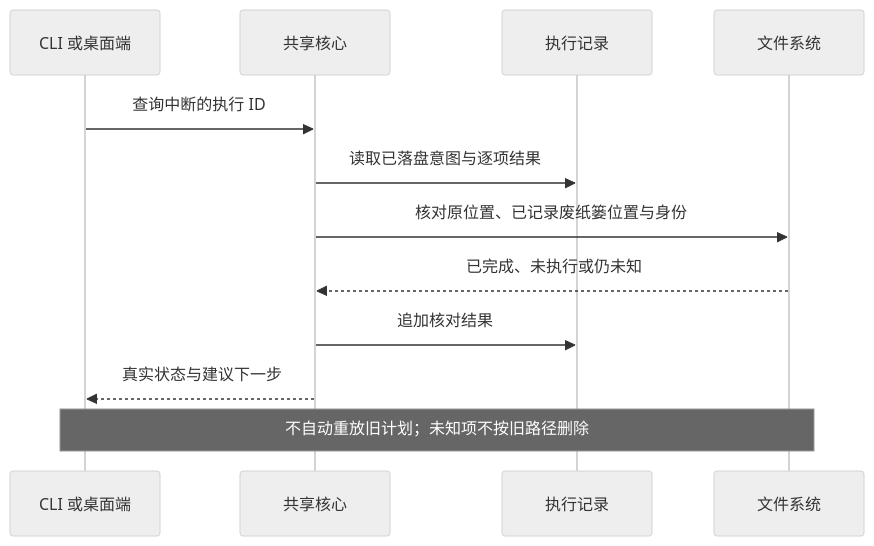
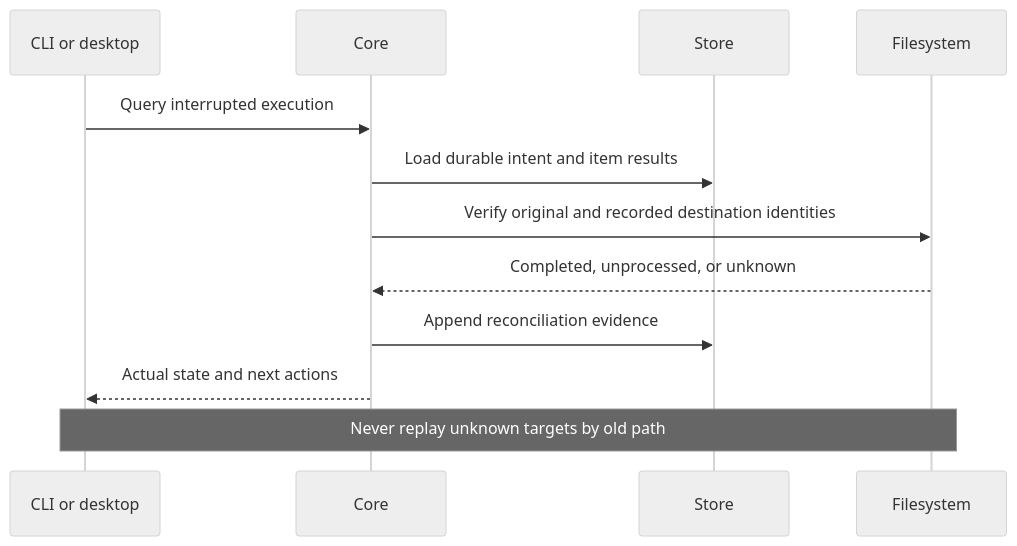
The sixth of 6 diagrams in docs/architecture/workflows-and-sequences.md (limecloud/shou), drawn with Mermaid (neutral theme) before and after one commit. The commit also changed other lines of this file and 46 other files, not shown here.

````diff
--- a/docs/architecture/workflows-and-sequences.md
+++ b/docs/architecture/workflows-and-sequences.md
@@ -152,14 +154,14 @@
 ```mermaid
 sequenceDiagram
-    participant Client as CLI 或桌面端
-    participant Core as 共享核心
-    participant Store as 执行记录
-    participant FS as 文件系统
-    Client->>Core: 查询中断的执行 ID
-    Core->>Store: 读取已落盘意图与逐项结果
-    Core->>FS: 核对原位置、已记录废纸篓位置与身份
-    FS-->>Core: 已完成、未执行或仍未知
-    Core->>Store: 追加核对结果
-    Core-->>Client: 真实状态与建议下一步
-    Note over Client,FS: 不自动重放旧计划；未知项不按旧路径删除
+    participant Client as CLI or desktop
+    participant Core
+    participant Store
+    participant FS as Filesystem
+    Client->>Core: Query interrupted execution
+    Core->>Store: Load durable intent and item results
+    Core->>FS: Verify original and recorded destination identities
+    FS-->>Core: Completed, unprocessed, or unknown
+    Core->>Store: Append reconciliation evidence
+    Core-->>Client: Actual state and next actions
+    Note over Client,FS: Never replay unknown targets by old path
 ```
````
